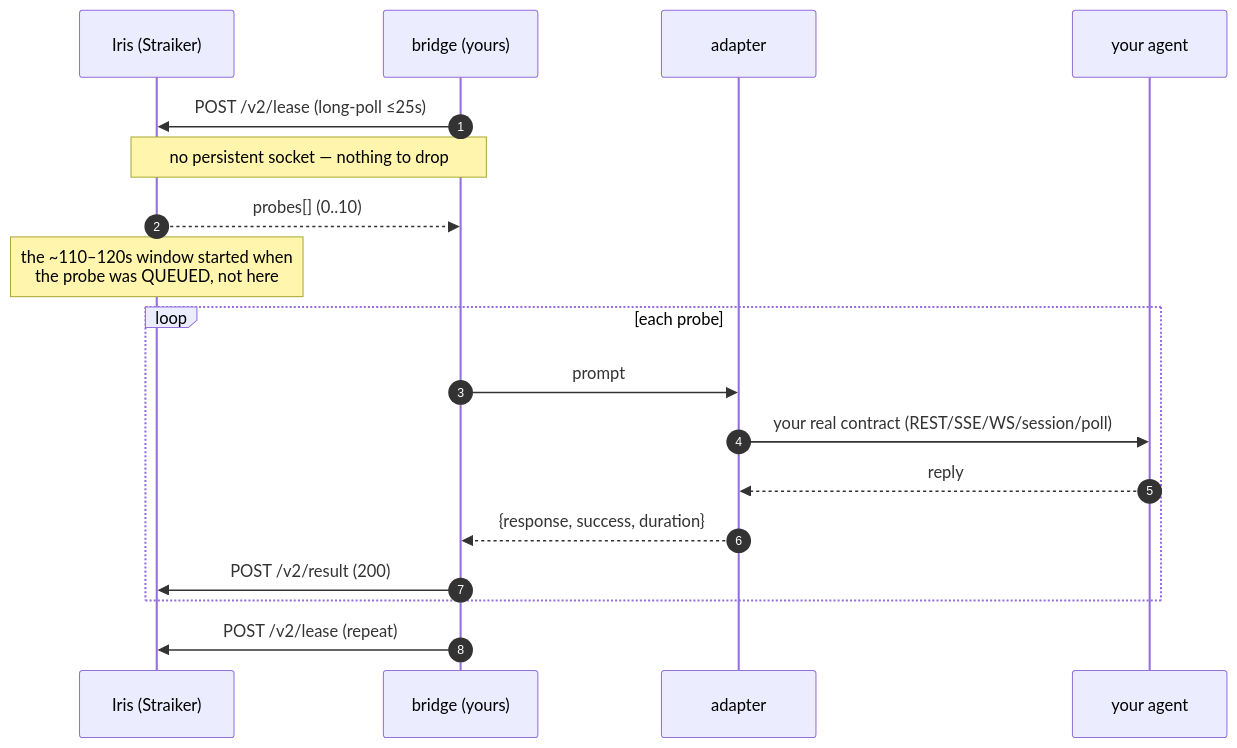
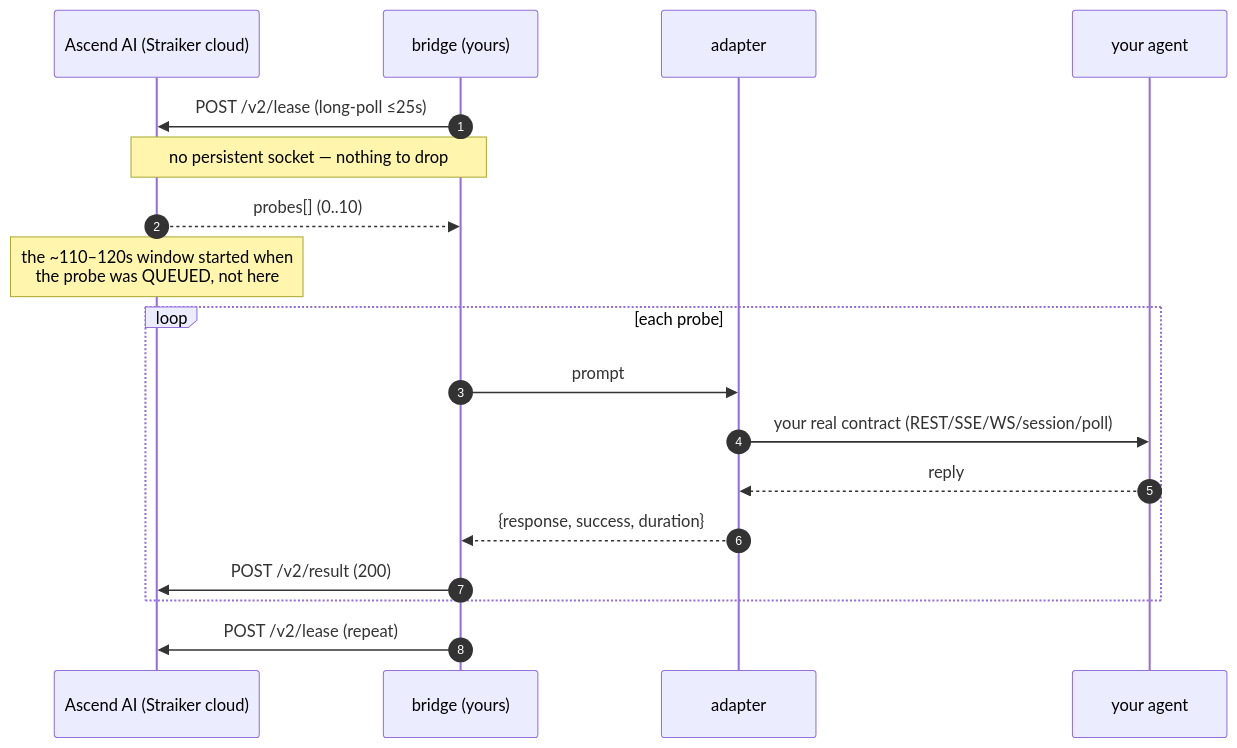
Before and after one commit to PhimmStraiker/ascend-cli: the second of 5 diagrams in docs/ARCHITECTURE.md, drawn with Mermaid. The commit also changed other lines of this file and 28 other files, not shown here.

````diff
--- a/docs/ARCHITECTURE.md
+++ b/docs/ARCHITECTURE.md
@@ -63,21 +63,21 @@
 ```mermaid
 sequenceDiagram
     autonumber
-    participant I as Iris (Straiker)
+    participant I as Ascend AI (Straiker cloud)
     participant R as bridge (yours)
     participant A as adapter
     participant T as your agent
 
     R->>I: POST /v2/lease (long-poll ≤25s)
     Note over R,I: no persistent socket — nothing to drop
     I-->>R: probes[] (0..10)
     Note over I: the ~110–120s window started when<br/>the probe was QUEUED, not here
     loop each probe
         R->>A: prompt
             A->>T: your real contract (REST/SSE/WS/session/poll)
             T-->>A: reply
             A-->>R: {response, success, duration}
             R->>I: POST /v2/result (200)
     end
     R->>I: POST /v2/lease (repeat)
 ```
````
